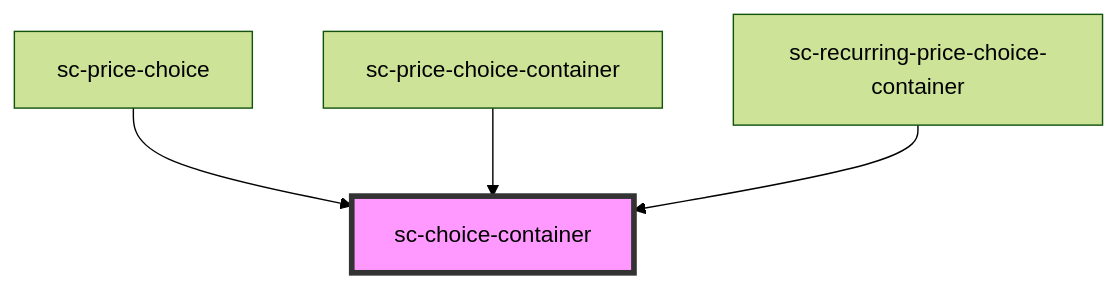
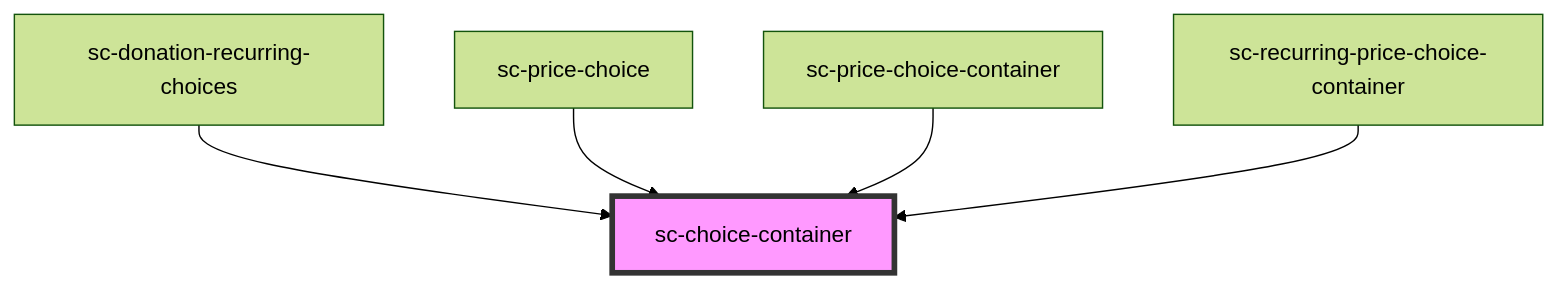
The diagram in packages/components/src/components/ui/choice-container/readme.md (surecart/surecart-wp-plugin), drawn with Mermaid (forest theme) before and after one commit. The commit also changed other lines of this file and 32 other files, not shown here.

````diff
--- a/packages/components/src/components/ui/choice-container/readme.md
+++ b/packages/components/src/components/ui/choice-container/readme.md
@@ -95,7 +96,8 @@
 ```mermaid
 graph TD;
+  sc-donation-recurring-choices --> sc-choice-container
   sc-price-choice --> sc-choice-container
   sc-price-choice-container --> sc-choice-container
   sc-recurring-price-choice-container --> sc-choice-container
   style sc-choice-container fill:#f9f,stroke:#333,stroke-width:4px
 ```
````
